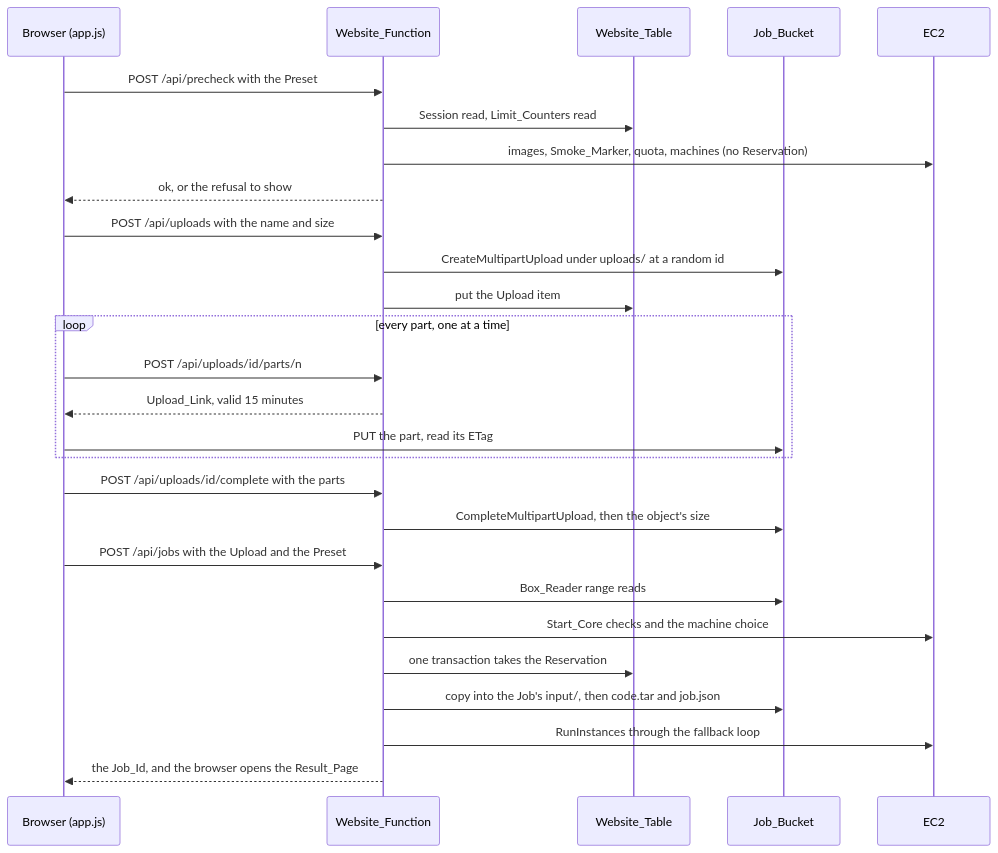
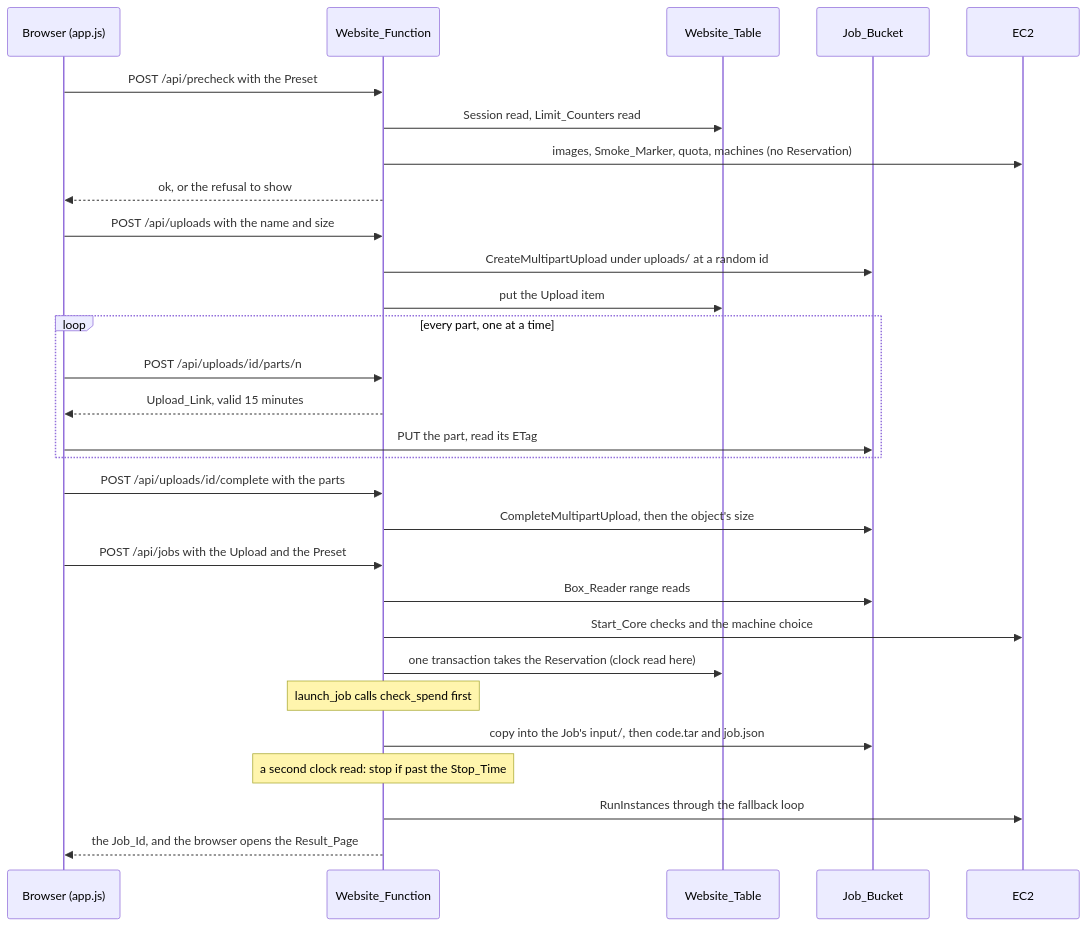
The second of 2 diagrams in .kiro/specs/website/design.md (Voxelis-Org/Voxelis-Kiroween), drawn with Mermaid before and after one commit. The commit also changed other lines of this file, not shown here.

````diff
--- a/.kiro/specs/website/design.md
+++ b/.kiro/specs/website/design.md
@@ -86,29 +89,31 @@
 ```mermaid
 sequenceDiagram
     participant B as Browser (app.js)
     participant W as Website_Function
     participant T as Website_Table
     participant S as Job_Bucket
     participant E as EC2
     B->>W: POST /api/precheck with the Preset
     W->>T: Session read, Limit_Counters read
     W->>E: images, Smoke_Marker, quota, machines (no Reservation)
     W-->>B: ok, or the refusal to show
     B->>W: POST /api/uploads with the name and size
     W->>S: CreateMultipartUpload under uploads/ at a random id
     W->>T: put the Upload item
     loop every part, one at a time
         B->>W: POST /api/uploads/id/parts/n
         W-->>B: Upload_Link, valid 15 minutes
         B->>S: PUT the part, read its ETag
     end
     B->>W: POST /api/uploads/id/complete with the parts
     W->>S: CompleteMultipartUpload, then the object's size
     B->>W: POST /api/jobs with the Upload and the Preset
     W->>S: Box_Reader range reads
     W->>E: Start_Core checks and the machine choice
-    W->>T: one transaction takes the Reservation
+    W->>T: one transaction takes the Reservation (clock read here)
+    Note over W: launch_job calls check_spend first
     W->>S: copy into the Job's input/, then code.tar and job.json
+    Note over W: a second clock read: stop if past the Stop_Time
     W->>E: RunInstances through the fallback loop
     W-->>B: the Job_Id, and the browser opens the Result_Page
 ```
````
